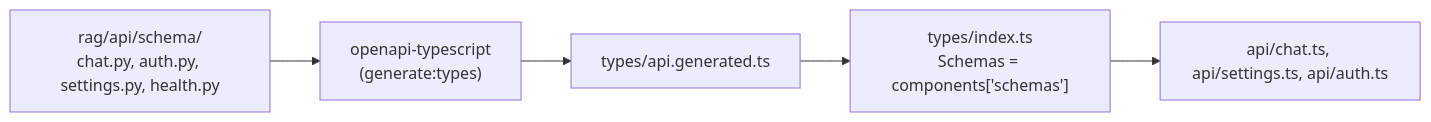
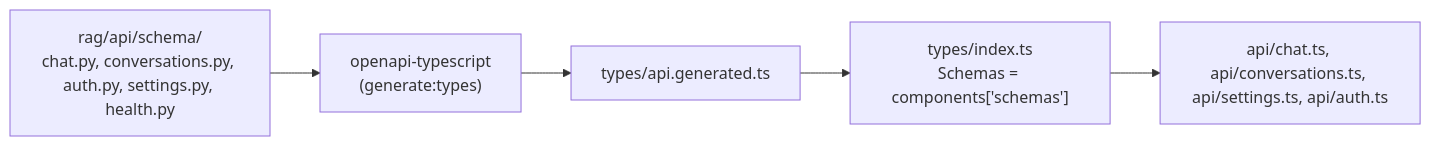
Before and after one commit to hadifar/rag: the fifth of 5 diagrams in docs/architecture.md, drawn with Mermaid. The commit also changed other lines of this file and 16 other files, not shown here.

````diff
--- a/docs/architecture.md
+++ b/docs/architecture.md
@@ -150,10 +159,10 @@
 ```mermaid
 graph LR
-    schema["rag/api/schema/<br/>chat.py, auth.py, settings.py, health.py"]
+    schema["rag/api/schema/<br/>chat.py, conversations.py, auth.py, settings.py, health.py"]
     genscript["openapi-typescript<br/>(generate:types)"]
     generated[types/api.generated.ts]
     idx["types/index.ts<br/>Schemas = components['schemas']"]
-    apiclient[api/chat.ts, api/settings.ts, api/auth.ts]
+    apiclient[api/chat.ts, api/conversations.ts, api/settings.ts, api/auth.ts]
 
     schema --> genscript --> generated --> idx --> apiclient
 ```
````
